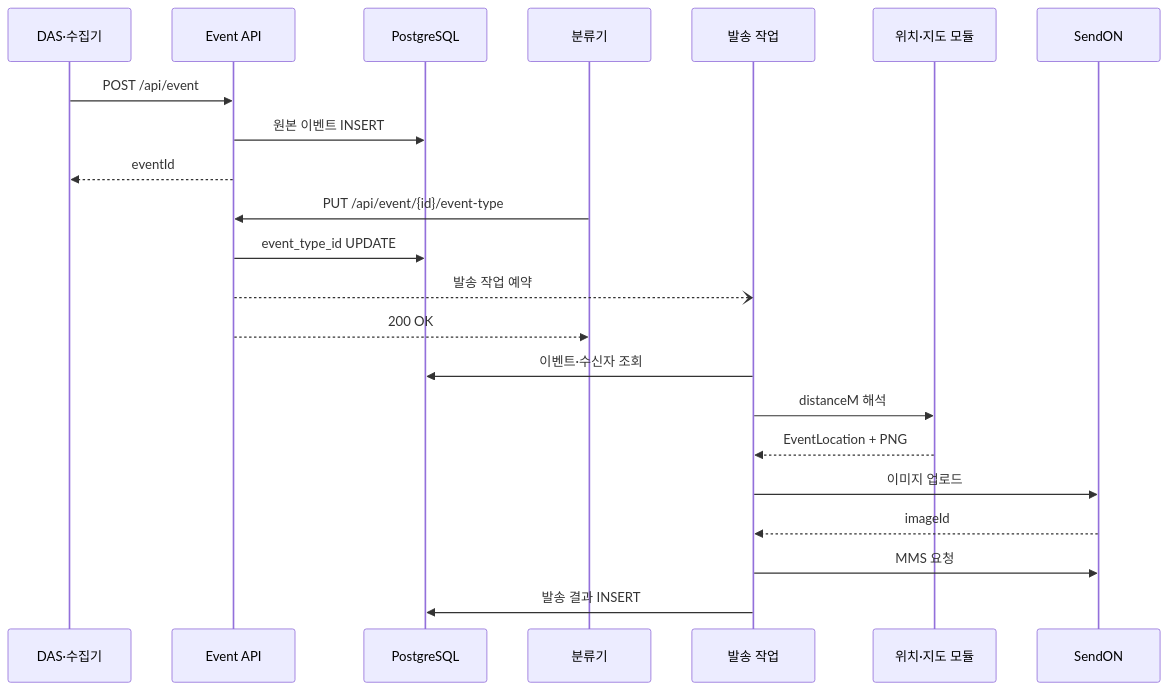
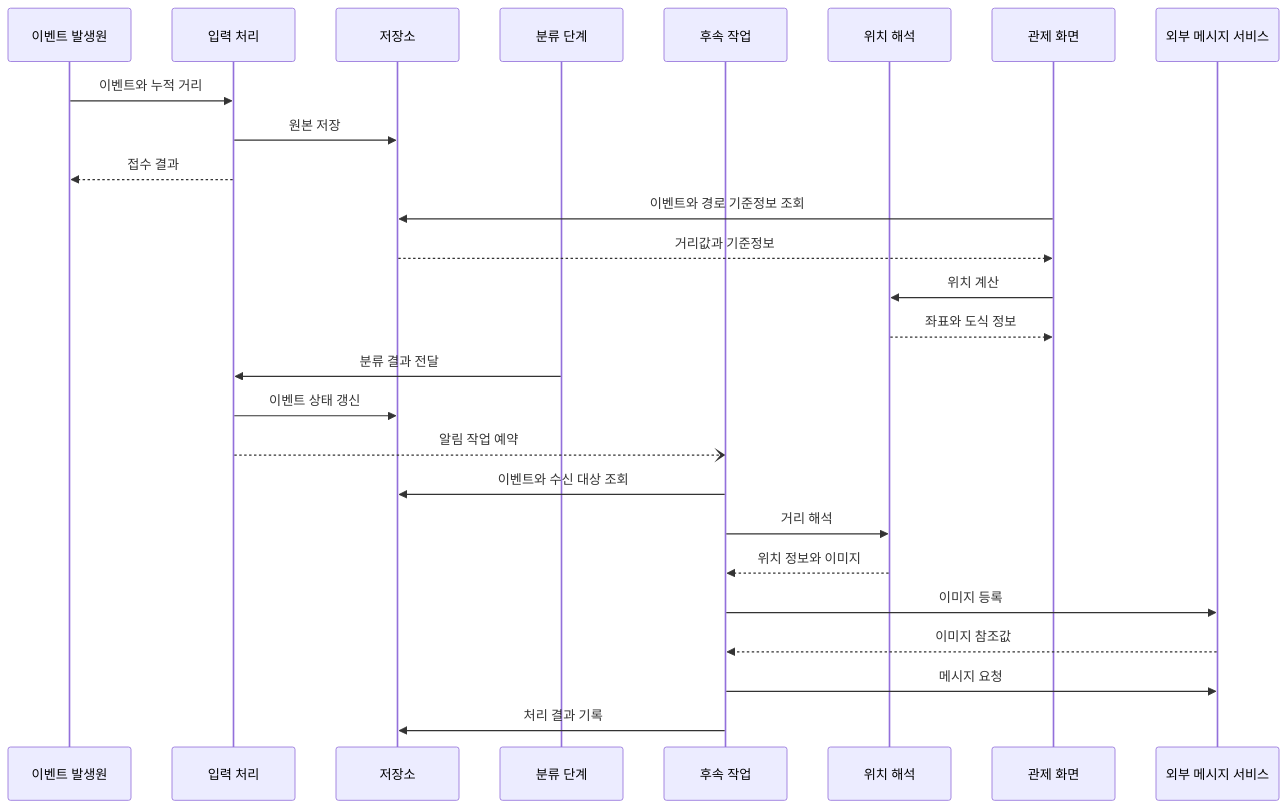
One commit to CheonBi/blog changed the diagram in apps/blog/series/event-distance-to-mms.md. Above: the diagram before and after it, drawn with Mermaid. The commit also changed other lines of this file and 8 other files, not shown here.

````diff
--- a/apps/blog/series/event-distance-to-mms.md
+++ b/apps/blog/series/event-distance-to-mms.md
@@ -11,25 +11,29 @@
 ```mermaid
 sequenceDiagram
-    participant Sensor as DAS·수집기
-    participant Event as Event API
-    participant DB as PostgreSQL
-    participant Classifier as 분류기
-    participant Worker as 발송 작업
-    participant Map as 위치·지도 모듈
-    participant SendON as SendON
+    participant Source as 이벤트 발생원
+    participant API as 입력 처리
+    participant DB as 저장소
+    participant Classifier as 분류 단계
+    participant Worker as 후속 작업
+    participant Location as 위치 해석
+    participant Dashboard as 관제 화면
+    participant Provider as 외부 메시지 서비스
 
-    Sensor->>Event: POST /api/event
-    Event->>DB: 원본 이벤트 INSERT
-    Event-->>Sensor: eventId
-    Classifier->>Event: PUT /api/event/{id}/event-type
-    Event->>DB: event_type_id UPDATE
-    Event--)Worker: 발송 작업 예약
-    Event-->>Classifier: 200 OK
-    Worker->>DB: 이벤트·수신자 조회
-    Worker->>Map: distanceM 해석
-    Map-->>Worker: EventLocation + PNG
-    Worker->>SendON: 이미지 업로드
-    SendON-->>Worker: imageId
-    Worker->>SendON: MMS 요청
-    Worker->>DB: 발송 결과 INSERT
+    Source->>API: 이벤트와 누적 거리
+    API->>DB: 원본 저장
+    API-->>Source: 접수 결과
+    Dashboard->>DB: 이벤트와 경로 기준정보 조회
+    DB-->>Dashboard: 거리값과 기준정보
+    Dashboard->>Location: 위치 계산
+    Location-->>Dashboard: 좌표와 도식 정보
+    Classifier->>API: 분류 결과 전달
+    API->>DB: 이벤트 상태 갱신
+    API--)Worker: 알림 작업 예약
+    Worker->>DB: 이벤트와 수신 대상 조회
+    Worker->>Location: 거리 해석
+    Location-->>Worker: 위치 정보와 이미지
+    Worker->>Provider: 이미지 등록
+    Provider-->>Worker: 이미지 참조값
+    Worker->>Provider: 메시지 요청
+    Worker->>DB: 처리 결과 기록
 ```
````
